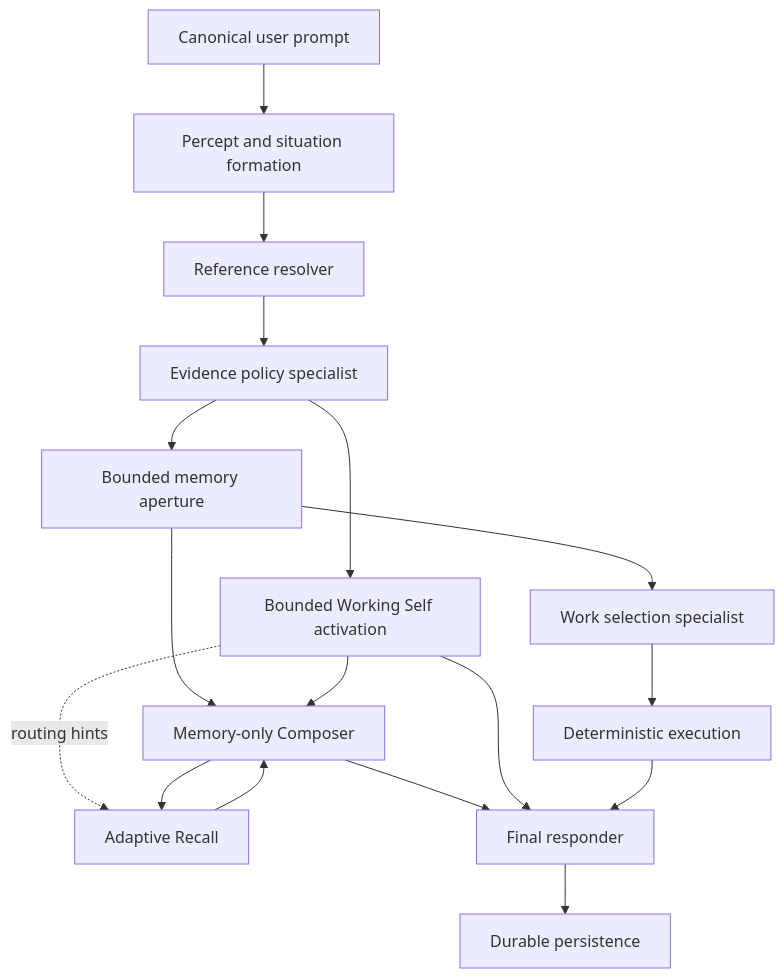
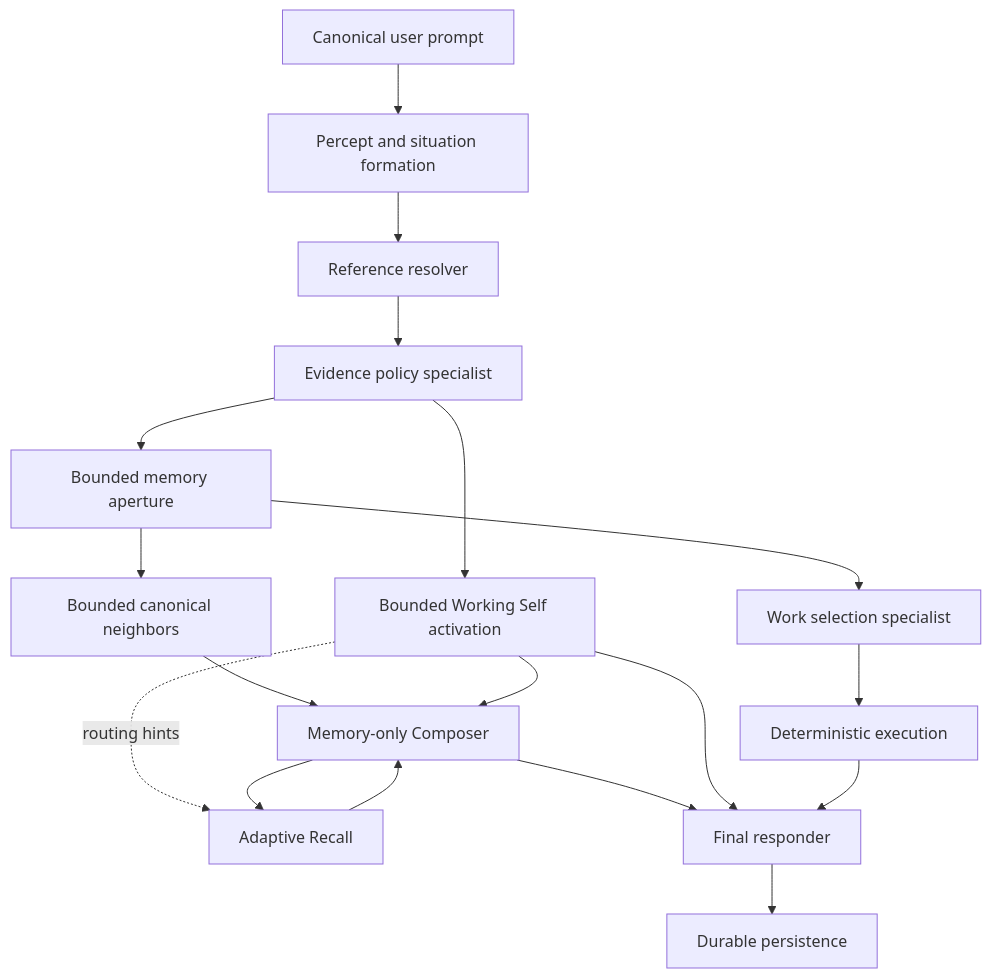
One commit to wtvr-guy/prometheist changed the diagram in docs/architecture/PERCEPT_TO_RESPONSE_PIPELINE.md. Above: the diagram before and after it, drawn with Mermaid. The commit also changed other lines of this file and 7 other files, not shown here.

Commit message:
Recover bounded canonical neighbors before Composer sufficiency

````diff
--- a/docs/architecture/PERCEPT_TO_RESPONSE_PIPELINE.md
+++ b/docs/architecture/PERCEPT_TO_RESPONSE_PIPELINE.md
@@ -32,19 +32,20 @@
 ```mermaid
 flowchart TD
     A[Canonical user prompt] --> B[Percept and situation formation]
     B --> C[Reference resolver]
     C --> D[Evidence policy specialist]
     D --> E[Bounded memory aperture]
     D --> S[Bounded Working Self activation]
     E --> F[Work selection specialist]
     F --> G[Deterministic execution]
-    E --> H[Memory-only Composer]
+    E --> N[Bounded canonical neighbors]
+    N --> H[Memory-only Composer]
     S --> H
     S -. routing hints .-> I[Adaptive Recall]
     H --> I
     I --> H
     H --> J[Final responder]
     S --> J
     G --> J
     J --> K[Durable persistence]
 ```
````
